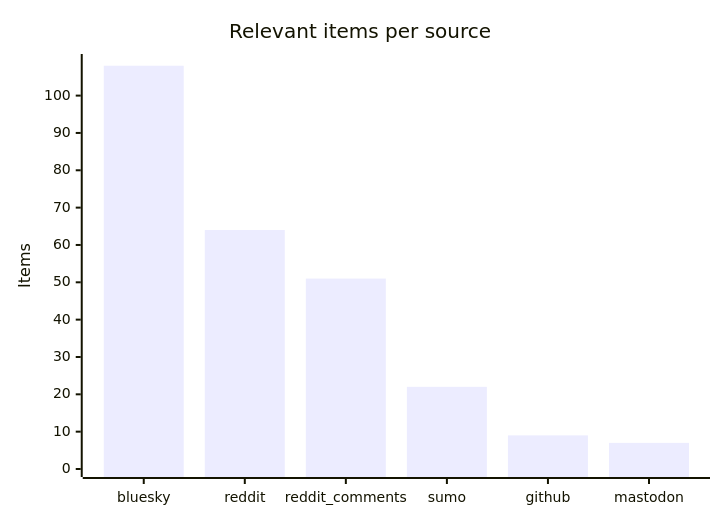
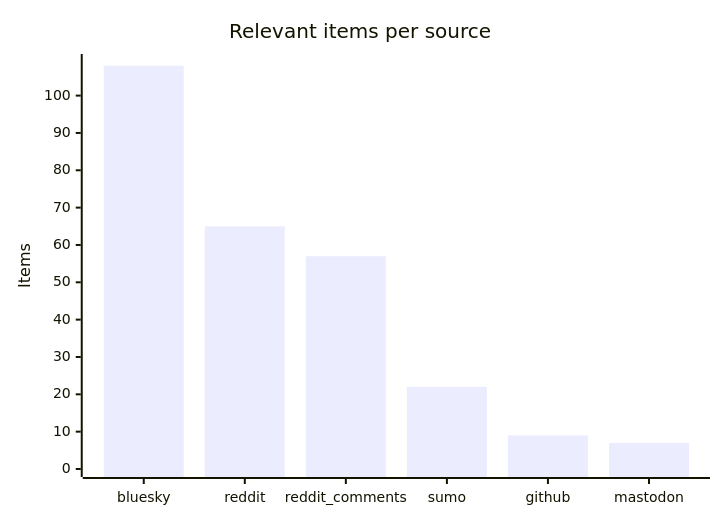
Before and after one commit to martinbalfanz/social-scanner-reports: the third of 4 diagrams in README.md, drawn with Mermaid. The commit also changed other lines of this file and 2 other files, not shown here.

````diff
--- a/README.md
+++ b/README.md
@@ -48,7 +48,7 @@
 ```mermaid
 xychart-beta
     title "Relevant items per source"
     x-axis ["bluesky", "reddit", "reddit_comments", "sumo", "github", "mastodon"]
     y-axis "Items" 0 --> 109
-    bar [108, 64, 51, 22, 9, 7]
+    bar [108, 65, 57, 22, 9, 7]
 ```
````
